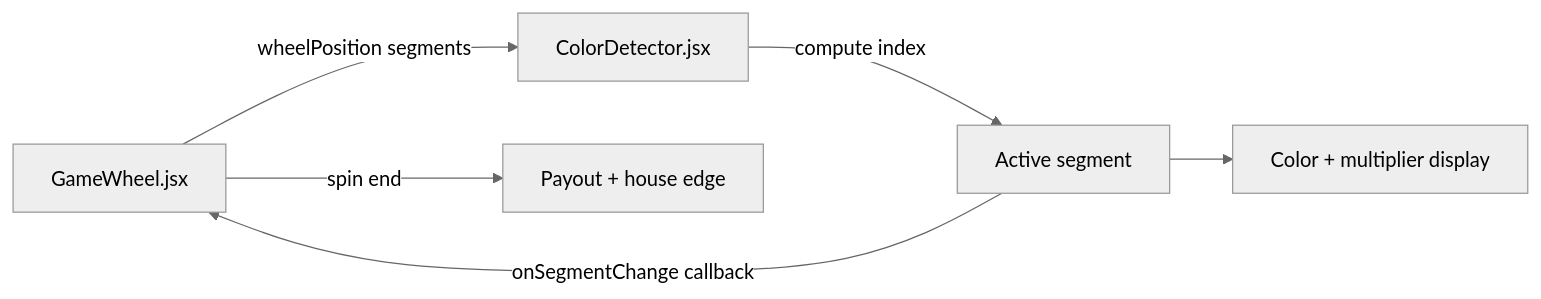
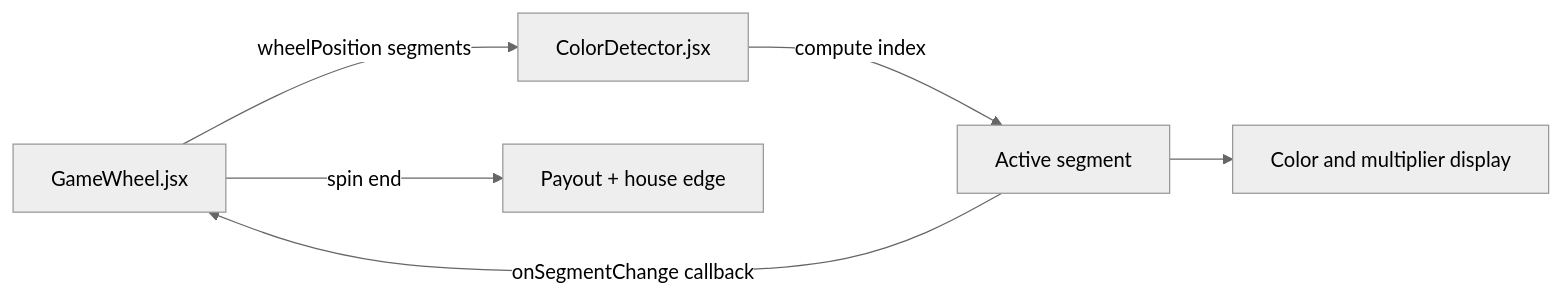
Before and after one commit to AmaanSayyad/apt-casino: the first of 2 diagrams in docs/wheel-color-detector.md, drawn with Mermaid (neutral theme). The commit also changed 5 other files, not shown here.

First line of the commit message:
docs: fix Mermaid diagrams for GitHub rendering

````diff
--- a/docs/wheel-color-detector.md
+++ b/docs/wheel-color-detector.md
@@ -7,8 +7,8 @@
 ```mermaid
 flowchart LR
     GW[GameWheel.jsx] -->|wheelPosition segments| CD[ColorDetector.jsx]
     CD -->|compute index| SEG[Active segment]
-    SEG --> UI[Color + multiplier display]
+    SEG --> UI["Color and multiplier display"]
     SEG -->|onSegmentChange callback| GW
     GW -->|spin end| PAY[Payout + house edge]
 ```
````
